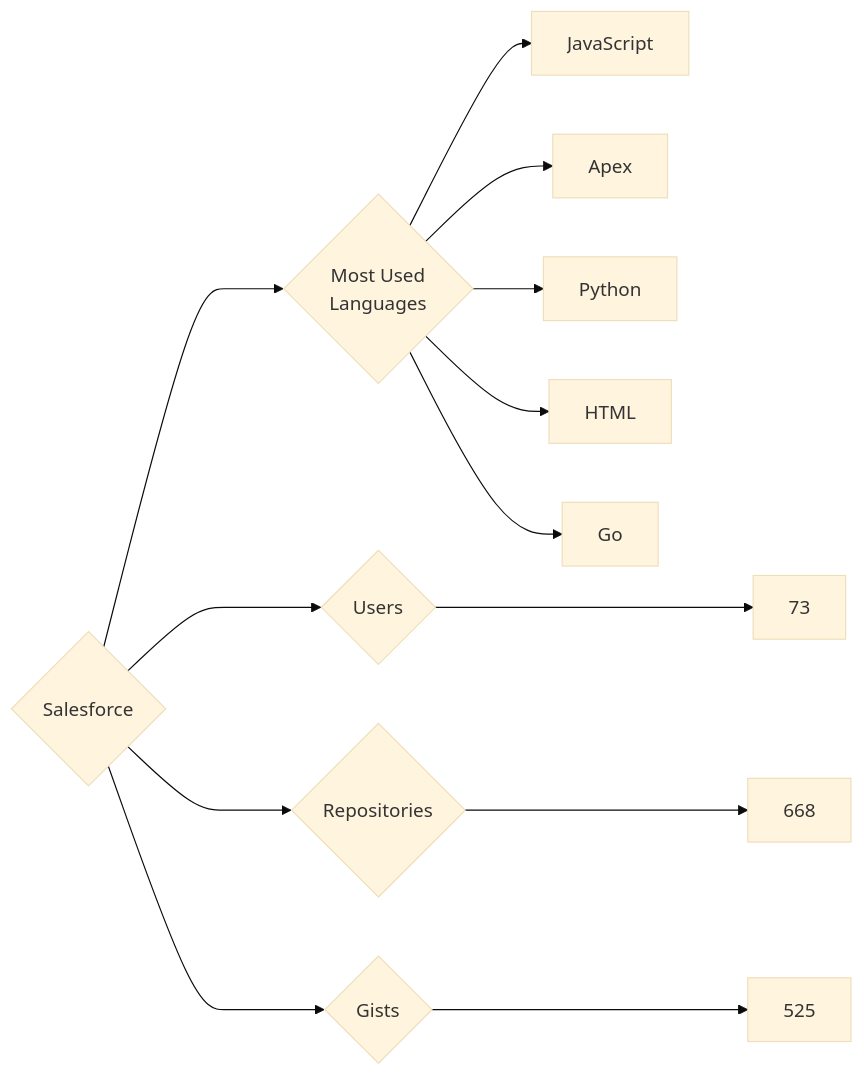
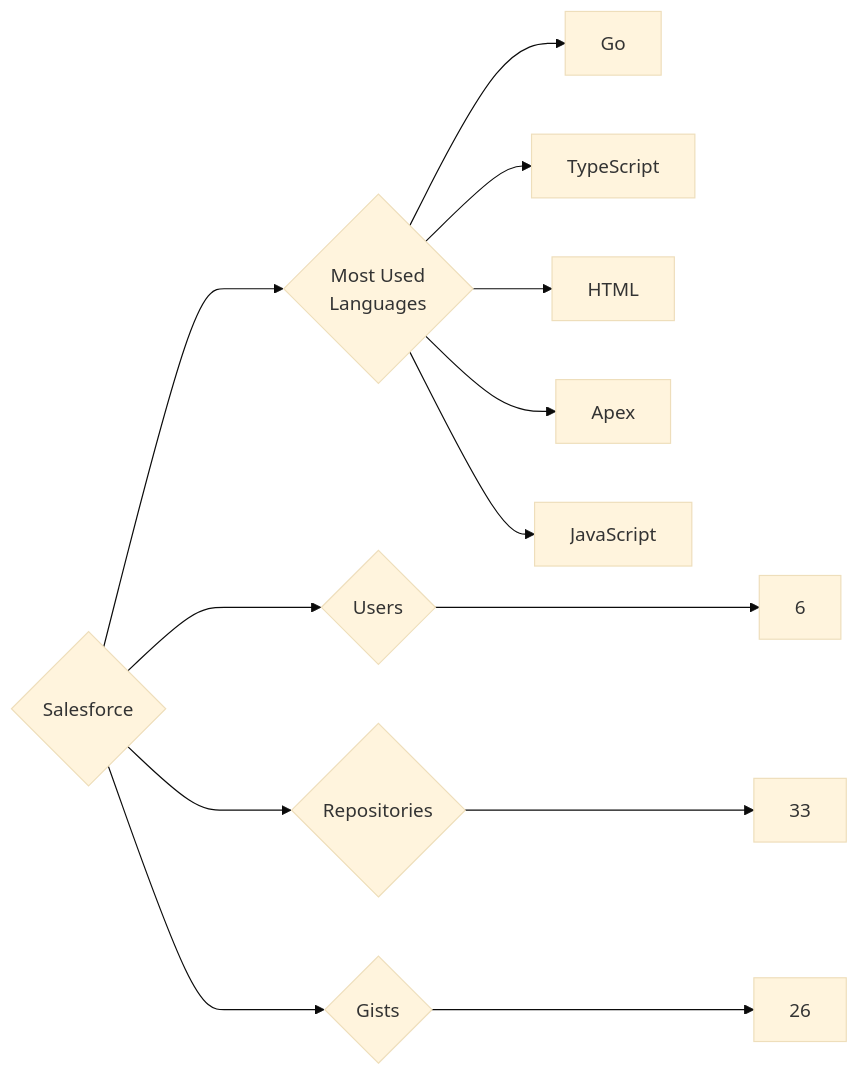
The diagram in targets/Salesforce/README.md (trickest/insiders), drawn with Mermaid (base theme) before and after one commit. The commit also changed 969 other files, not shown here.

````diff
--- a/targets/Salesforce/README.md
+++ b/targets/Salesforce/README.md
@@ -3,13 +3,13 @@
 ```mermaid
 graph LR
 COMPANY_NAME{Salesforce}
-COMPANY_NAME ---> U{Users} ---> UN[73]
-COMPANY_NAME ---> R{Repositories} ---> RN[668]
-COMPANY_NAME ---> G{Gists} ---> GN[525]
+COMPANY_NAME ---> U{Users} ---> UN[6]
+COMPANY_NAME ---> R{Repositories} ---> RN[33]
+COMPANY_NAME ---> G{Gists} ---> GN[26]
 COMPANY_NAME ---> ML{Most Used<br>Languages}
+ML --> Go[Go]
+ML --> TypeScript[TypeScript]
+ML --> HTML[HTML]
+ML --> Apex[Apex]
 ML --> JavaScript[JavaScript]
-ML --> Apex[Apex]
-ML --> Python[Python]
-ML --> HTML[HTML]
-ML --> Go[Go]
 ```
````
